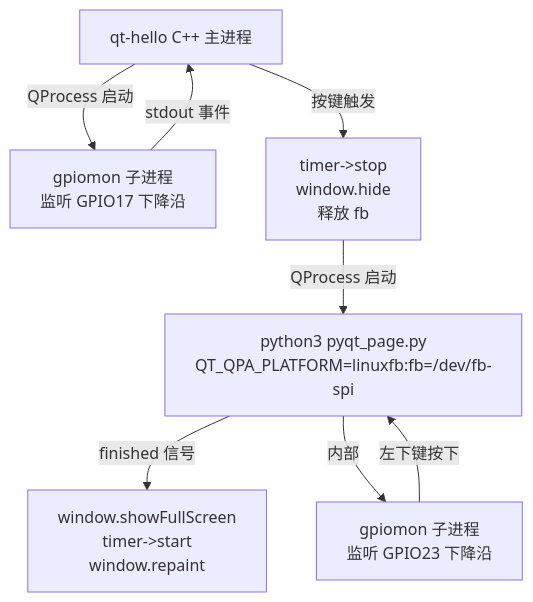
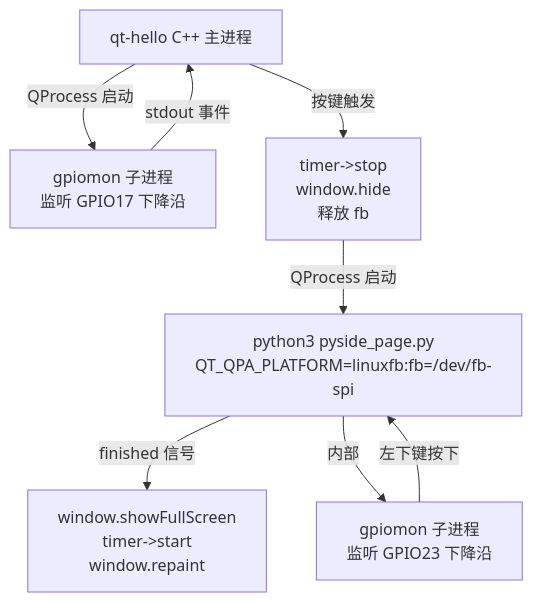
The diagram in launcher/PYQT_LAUNCHER_POC.md (JKWiniger/luwu_os), drawn with Mermaid before and after one commit. The commit also changed other lines of this file and 6 other files, not shown here.

````diff
--- a/launcher/PYQT_LAUNCHER_POC.md
+++ b/launcher/PYQT_LAUNCHER_POC.md
@@ -22,10 +22,10 @@
 ```mermaid
 graph TD
     A[qt-hello C++ 主进程] -->|QProcess 启动| B[gpiomon 子进程<br/>监听 GPIO17 下降沿]
     B -->|stdout 事件| A
     A -->|按键触发| C[timer->stop<br/>window.hide<br/>释放 fb]
-    C -->|QProcess 启动| D[python3 pyqt_page.py<br/>QT_QPA_PLATFORM=linuxfb:fb=/dev/fb-spi]
+    C -->|QProcess 启动| D[python3 pyside_page.py<br/>QT_QPA_PLATFORM=linuxfb:fb=/dev/fb-spi]
     D -->|finished 信号| E[window.showFullScreen<br/>timer->start<br/>window.repaint]
     D -->|内部| F[gpiomon 子进程<br/>监听 GPIO23 下降沿]
     F -->|左下键按下| D
 ```
````
